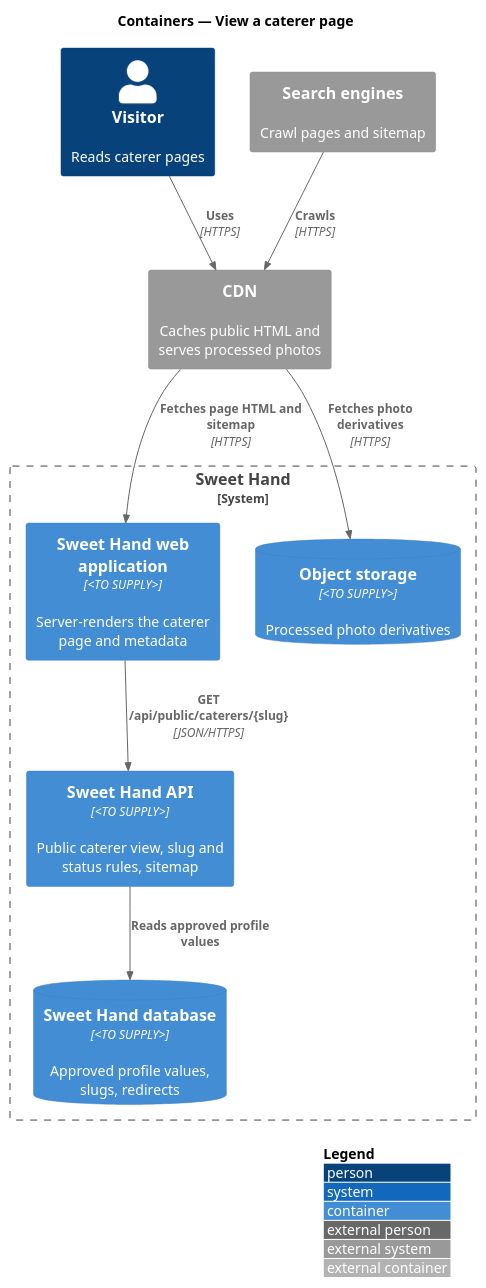
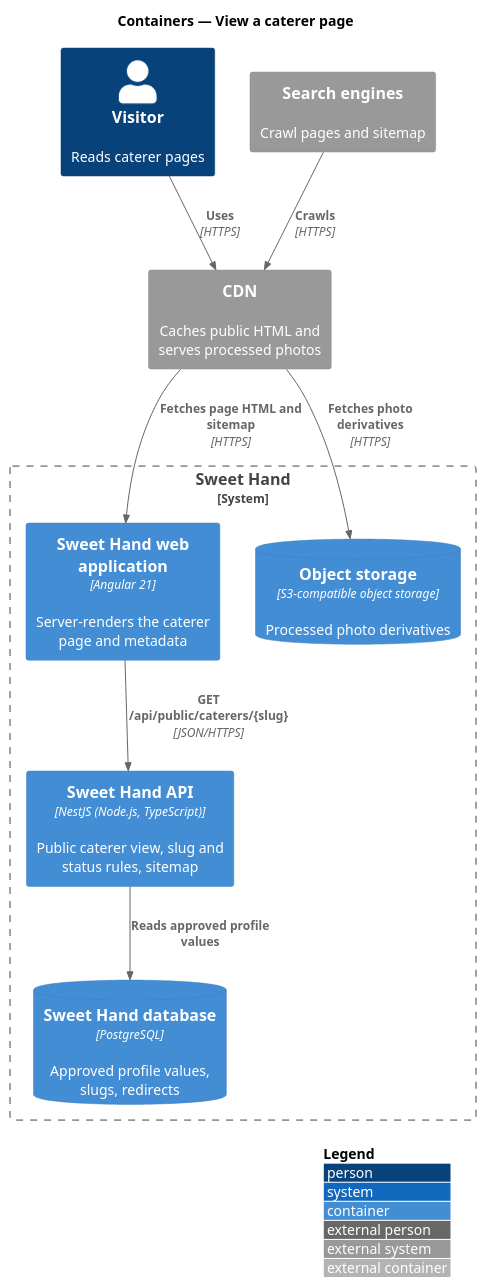
One commit to QuinntyneBrown/sweet-hand changed the diagram in docs/detailed-designs/discovery/view-caterer-page/diagrams/c4-container.puml. Above: the diagram before and after it, drawn with PlantUML. The commit also changed 32 other files, not shown here.

```diff
--- a/docs/detailed-designs/discovery/view-caterer-page/diagrams/c4-container.puml
+++ b/docs/detailed-designs/discovery/view-caterer-page/diagrams/c4-container.puml
@@ -1,21 +1,21 @@
 @startuml
 !include <C4/C4_Container>
 LAYOUT_WITH_LEGEND()
 title Containers — View a caterer page
 
 Person(visitor, "Visitor", "Reads caterer pages")
 System_Ext(cdn, "CDN", "Caches public HTML and serves processed photos")
 System_Ext(search, "Search engines", "Crawl pages and sitemap")
 System_Boundary(sweethand, "Sweet Hand") {
-  Container(web, "Sweet Hand web application", "<TO SUPPLY>", "Server-renders the caterer page and metadata")
-  Container(api, "Sweet Hand API", "<TO SUPPLY>", "Public caterer view, slug and status rules, sitemap")
-  ContainerDb(db, "Sweet Hand database", "<TO SUPPLY>", "Approved profile values, slugs, redirects")
-  ContainerDb(storage, "Object storage", "<TO SUPPLY>", "Processed photo derivatives")
+  Container(web, "Sweet Hand web application", "Angular 21", "Server-renders the caterer page and metadata")
+  Container(api, "Sweet Hand API", "NestJS (Node.js, TypeScript)", "Public caterer view, slug and status rules, sitemap")
+  ContainerDb(db, "Sweet Hand database", "PostgreSQL", "Approved profile values, slugs, redirects")
+  ContainerDb(storage, "Object storage", "S3-compatible object storage", "Processed photo derivatives")
 }
 Rel(visitor, cdn, "Uses", "HTTPS")
 Rel(search, cdn, "Crawls", "HTTPS")
 Rel(cdn, web, "Fetches page HTML and sitemap", "HTTPS")
 Rel(cdn, storage, "Fetches photo derivatives", "HTTPS")
 Rel(web, api, "GET /api/public/caterers/{slug}", "JSON/HTTPS")
 Rel(api, db, "Reads approved profile values")
 @enduml
```
